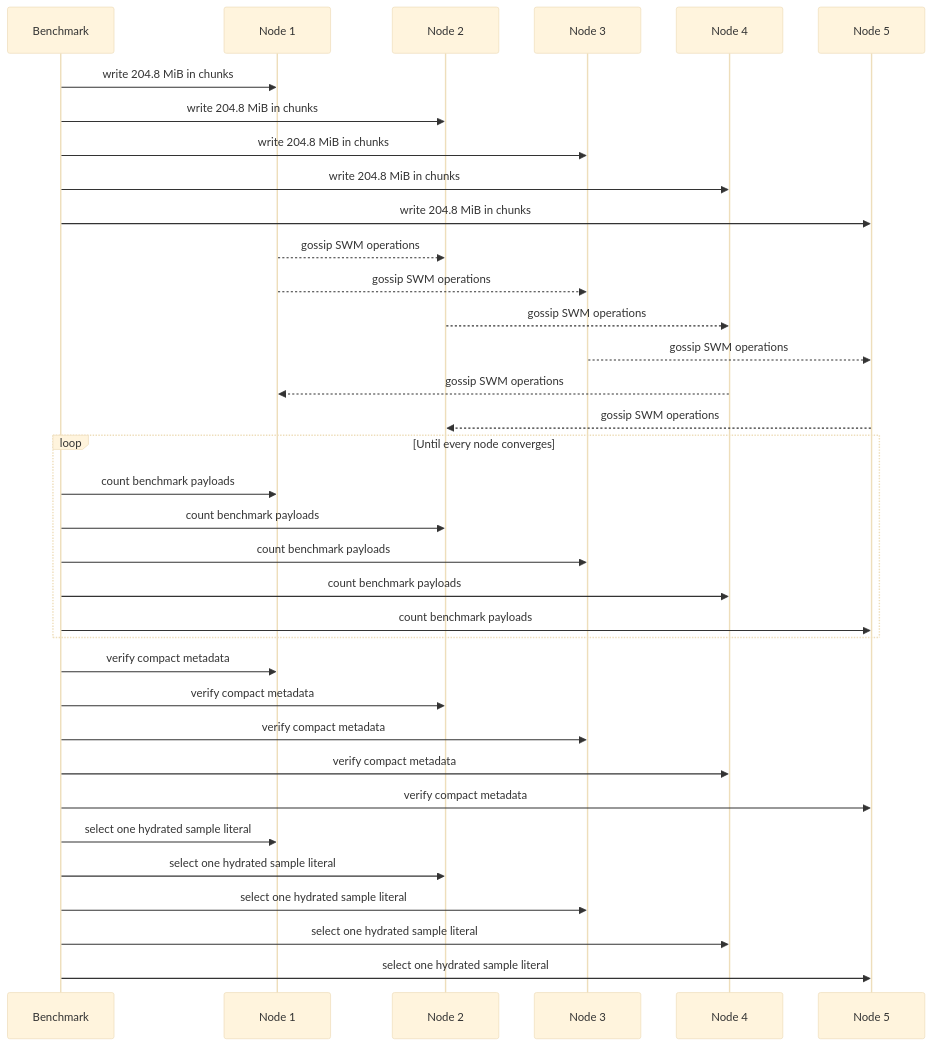
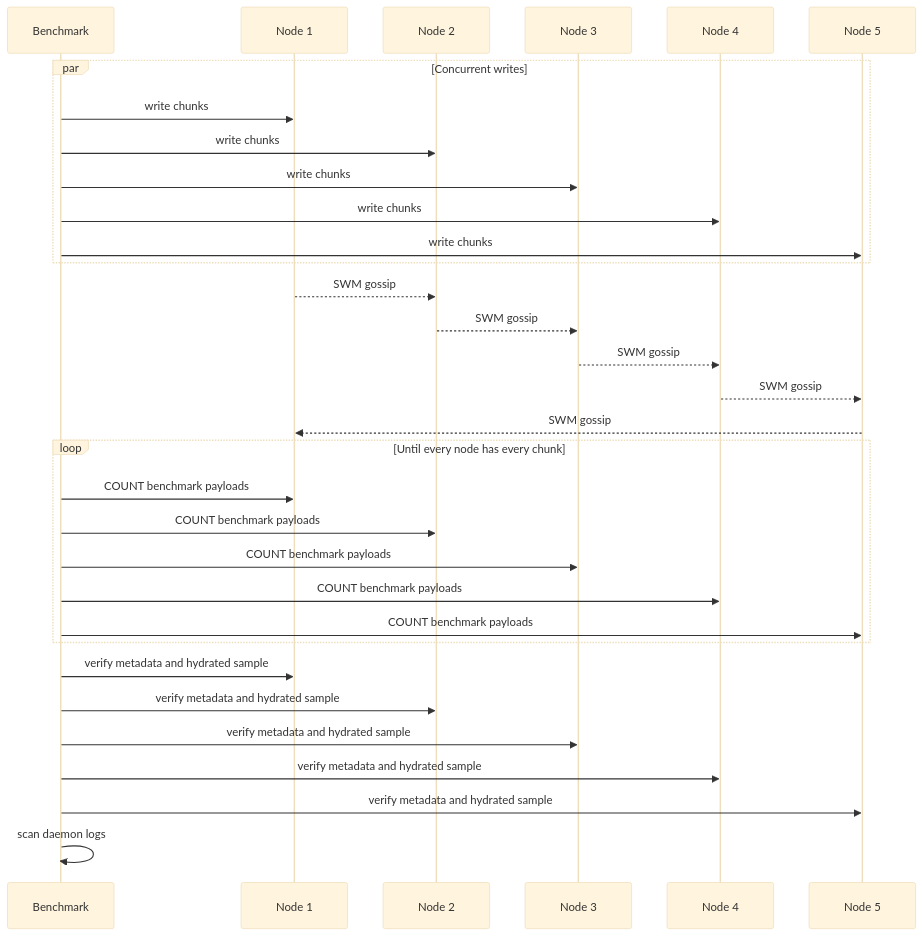
The tenth of 10 diagrams in docs/SWM_LARGE_PAYLOAD_STORAGE_AMPLIFICATION_PR.md (KilianTrunk/dkg), drawn with Mermaid (base theme) before and after one commit. The commit also changed other lines of this file and 4 other files, not shown here.

Commit message:
Fix SWM immutable snapshots and benchmark checks

````diff
--- a/docs/SWM_LARGE_PAYLOAD_STORAGE_AMPLIFICATION_PR.md
+++ b/docs/SWM_LARGE_PAYLOAD_STORAGE_AMPLIFICATION_PR.md
@@ -242,41 +511,38 @@
 ```mermaid
 sequenceDiagram
   participant Bench as Benchmark
   participant N1 as Node 1
   participant N2 as Node 2
   participant N3 as Node 3
   participant N4 as Node 4
   participant N5 as Node 5
 
-  Bench->>N1: write 204.8 MiB in chunks
-  Bench->>N2: write 204.8 MiB in chunks
-  Bench->>N3: write 204.8 MiB in chunks
-  Bench->>N4: write 204.8 MiB in chunks
-  Bench->>N5: write 204.8 MiB in chunks
-
-  N1-->>N2: gossip SWM operations
-  N1-->>N3: gossip SWM operations
-  N2-->>N4: gossip SWM operations
-  N3-->>N5: gossip SWM operations
-  N4-->>N1: gossip SWM operations
-  N5-->>N2: gossip SWM operations
-
-  loop Until every node converges
-    Bench->>N1: count benchmark payloads
-    Bench->>N2: count benchmark payloads
-    Bench->>N3: count benchmark payloads
-    Bench->>N4: count benchmark payloads
-    Bench->>N5: count benchmark payloads
+  par Concurrent writes
+    Bench->>N1: write chunks
+    Bench->>N2: write chunks
+    Bench->>N3: write chunks
+    Bench->>N4: write chunks
+    Bench->>N5: write chunks
   end
 
-  Bench->>N1: verify compact metadata
-  Bench->>N2: verify compact metadata
-  Bench->>N3: verify compact metadata
-  Bench->>N4: verify compact metadata
-  Bench->>N5: verify compact metadata
-  Bench->>N1: select one hydrated sample literal
-  Bench->>N2: select one hydrated sample literal
-  Bench->>N3: select one hydrated sample literal
-  Bench->>N4: select one hydrated sample literal
-  Bench->>N5: select one hydrated sample literal
+  N1-->>N2: SWM gossip
+  N2-->>N3: SWM gossip
+  N3-->>N4: SWM gossip
+  N4-->>N5: SWM gossip
+  N5-->>N1: SWM gossip
+
+  loop Until every node has every chunk
+    Bench->>N1: COUNT benchmark payloads
+    Bench->>N2: COUNT benchmark payloads
+    Bench->>N3: COUNT benchmark payloads
+    Bench->>N4: COUNT benchmark payloads
+    Bench->>N5: COUNT benchmark payloads
+  end
+
+  Bench->>N1: verify metadata and hydrated sample
+  Bench->>N2: verify metadata and hydrated sample
+  Bench->>N3: verify metadata and hydrated sample
+  Bench->>N4: verify metadata and hydrated sample
+  Bench->>N5: verify metadata and hydrated sample
+  Bench->>Bench: scan daemon logs
 ```
````
